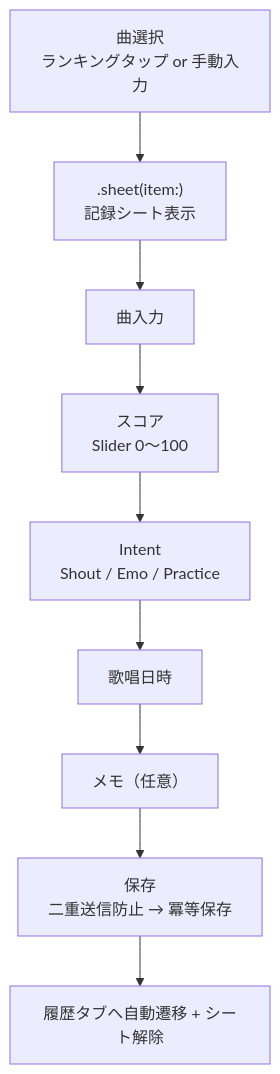
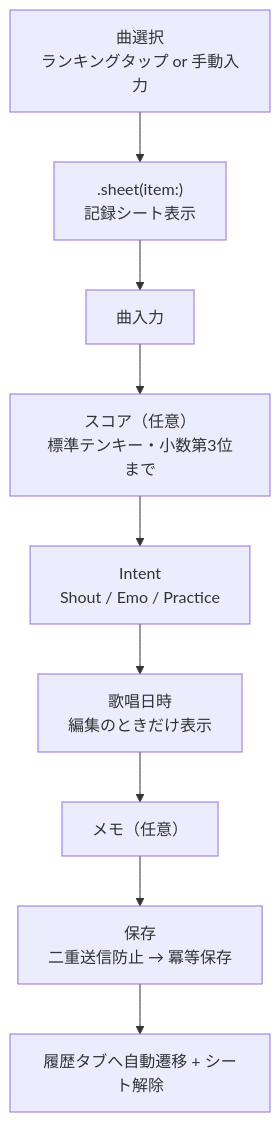
Before and after one commit to omomi-moti/Karaoke_support: the fourth of 4 diagrams in docs/architecture.md, drawn with Mermaid. The commit also changed 45 other files, not shown here.

````diff
--- a/docs/architecture.md
+++ b/docs/architecture.md
@@ -157,11 +157,11 @@
 ```mermaid
 flowchart TD
     A["曲選択<br>ランキングタップ or 手動入力"] --> B[".sheet(item:)<br>記録シート表示"]
     B --> C["曲入力"]
-    C --> D["スコア<br>Slider 0〜100"]
+    C --> D["スコア（任意）<br>標準テンキー・小数第3位まで"]
     D --> E["Intent<br>Shout / Emo / Practice"]
-    E --> F["歌唱日時"]
+    E --> F["歌唱日時<br>編集のときだけ表示"]
     F --> G["メモ（任意）"]
     G --> H["保存<br>二重送信防止 → 冪等保存"]
     H --> I["履歴タブへ自動遷移 + シート解除"]
 ```
````
